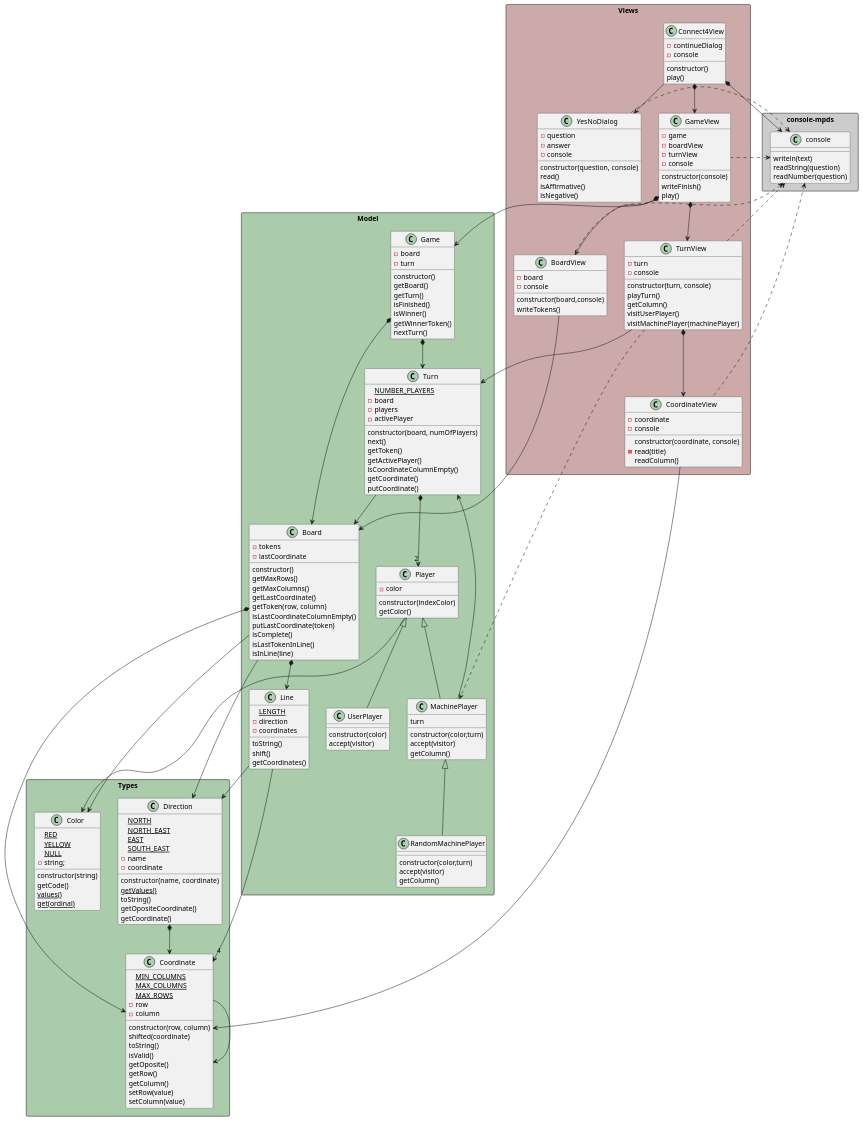
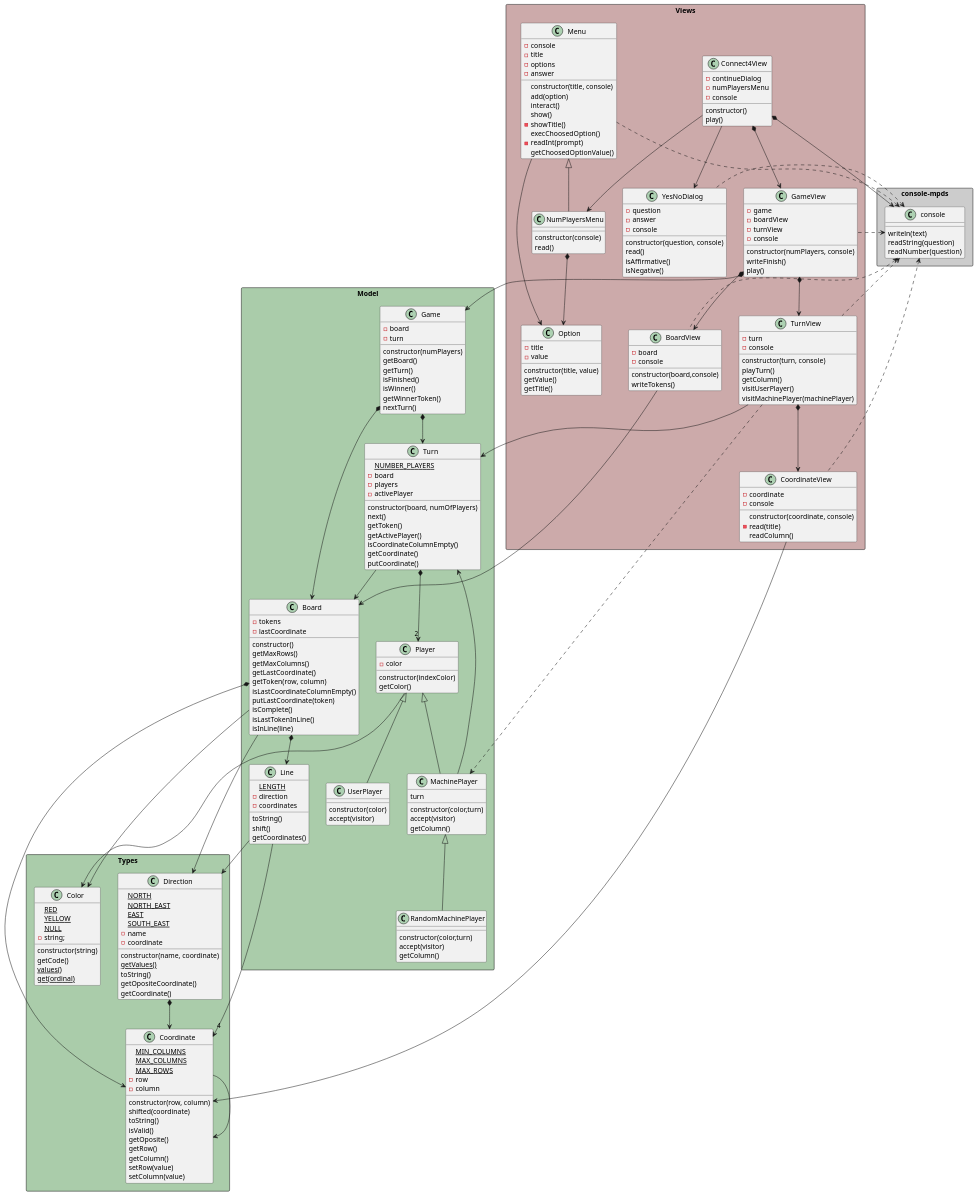
The diagram in game-connect4/docs/diagrams/objectOriented/classNotation/class diagram.plantuml (mpaulaherrero/escuelaIT), drawn with PlantUML before and after one commit. The commit also changed 7 other files, not shown here.

Commit message:
numPlayersMenu para el número jugadores

```diff
--- a/game-connect4/docs/diagrams/objectOriented/classNotation/class diagram.plantuml
+++ b/game-connect4/docs/diagrams/objectOriented/classNotation/class diagram.plantuml
@@ -72,7 +72,7 @@
     class Game {
         -board
         -turn
-        constructor()
+        constructor(numPlayers)
         getBoard()
         getTurn()
         isFinished()
@@ -139,6 +139,7 @@
 
     class Connect4View {
         -continueDialog
+        -numPlayersMenu
         -console
         constructor()
         play()
@@ -157,7 +158,7 @@
         -boardView
         -turnView
         -console
-        constructor(console)
+        constructor(numPlayers, console)
         writeFinish()
         play()
     }
@@ -181,6 +182,35 @@
         isAffirmative()
         isNegative()
     }
+
+    class Option {
+        -title
+        -value
+        constructor(title, value) 
+        getValue()
+        getTitle()
+    }
+
+    class Menu {
+        -console
+        -title
+        -options
+        -answer
+        constructor(title, console)
+        add(option)
+        interact()
+        show()
+        -showTitle()
+        execChoosedOption()
+        -readInt(prompt)
+        getChoosedOptionValue()
+    }
+
+    class NumPlayersMenu extends Menu {
+        constructor(console)
+        read()
+    }
+
 }
 
 
@@ -220,7 +250,11 @@
 GameView *-down-> TurnView
 
 Connect4View -down-> YesNoDialog
+Connect4View -down-> NumPlayersMenu
 Connect4View *-down-> GameView
+
+Menu --> Option
+NumPlayersMenu *-down-> Option
 
 Connect4View *-down-> console
 YesNoDialog .-l-> console
@@ -228,5 +262,6 @@
 BoardView .-l-> console
 TurnView .-l-> console
 CoordinateView .-l-> console
+Menu .-l-> console
 
 @enduml
```
